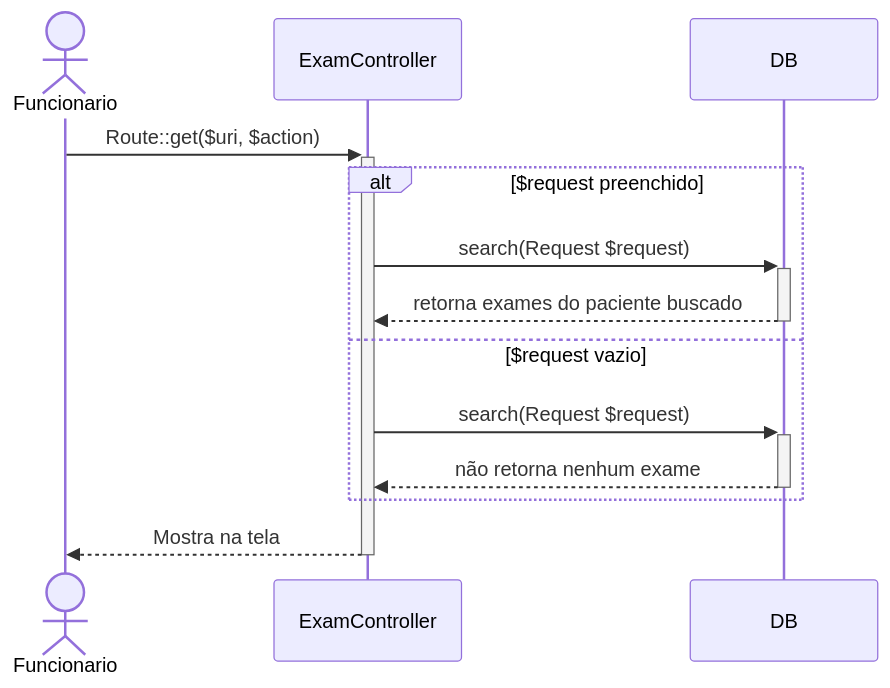
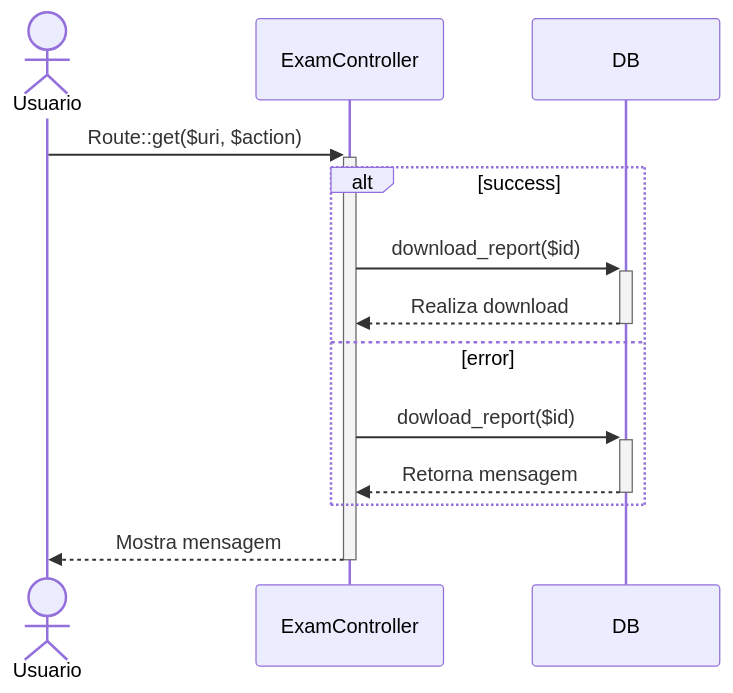
Before and after one commit to UniFil-NPI/ProjetoAnalisesClinicas: the third of 4 diagrams in docs/diagramas_de_sequencia/UC005_gerenciar_laudo.md, drawn with Mermaid. The commit also changed other lines of this file and 1 other file, not shown here.

Commit message:
diagramas de sequencia atualizados

````diff
--- a/docs/diagramas_de_sequencia/UC005_gerenciar_laudo.md
+++ b/docs/diagramas_de_sequencia/UC005_gerenciar_laudo.md
@@ -27,16 +49,16 @@
 ```mermaid
 sequenceDiagram
 
-actor Funcionario  
+actor Usuario 
 
-Funcionario->>+ExamController: Route::get($uri, $action)
-alt $request preenchido
-ExamController->>+DB: search(Request $request)
-DB-->>-ExamController: retorna exames do paciente buscado
-else $request vazio
-ExamController->>+DB: search(Request $request)
-DB-->>-ExamController: não retorna nenhum exame
+Usuario->>+ExamController: Route::get($uri, $action)
+alt success
+ExamController->>+DB: download_report($id)
+DB-->>-ExamController: Realiza download
+else error
+ExamController->>+DB: dowload_report($id)
+DB-->>-ExamController: Retorna mensagem
 end
-ExamController-->>-Funcionario: Mostra na tela
+ExamController-->>-Usuario: Mostra mensagem
 
 ```
````
